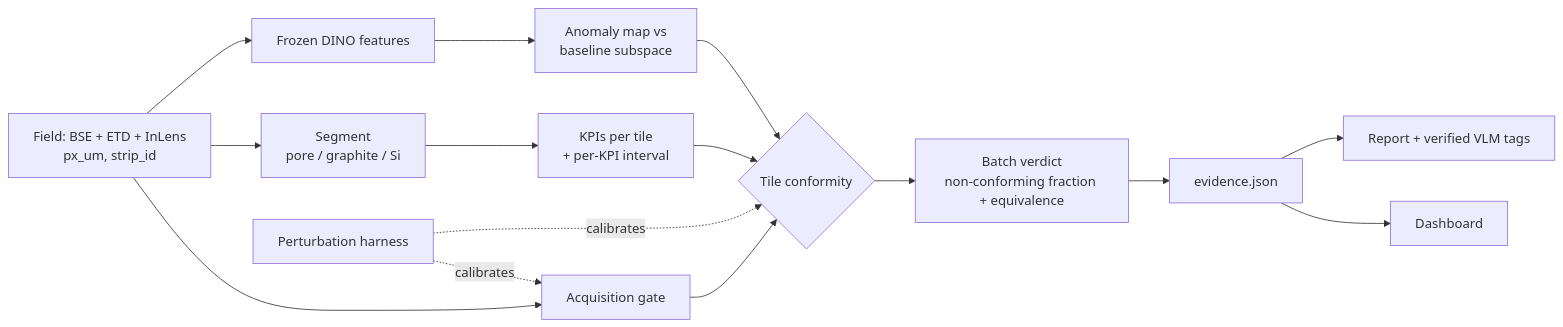
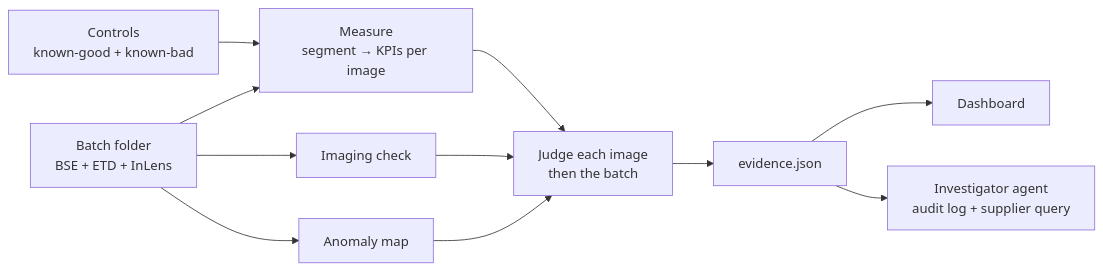
Before and after one commit to batch-size-2/catalyst: the diagram in docs/PLAN_v1.md, drawn with Mermaid. The commit also changed other lines of this file, not shown here.

First line of the commit message:
Rewrite plan v1 as a standalone build plan with per-person steps.

````diff
--- a/docs/PLAN_v1.md
+++ b/docs/PLAN_v1.md
@@ -110,17 +15,13 @@
 ```mermaid
 flowchart LR
-  A["Field: BSE + ETD + InLens<br/>px_um, strip_id"] --> G["Acquisition gate"]
-  A --> S["Segment<br/>pore / graphite / Si"]
-  A --> D["Frozen DINO features"]
-  S --> K["KPIs per tile<br/>+ per-KPI interval"]
-  D --> N["Anomaly map vs<br/>baseline subspace"]
-  G --> T{"Tile conformity"}
-  K --> T
-  N --> T
-  T --> B["Batch verdict<br/>non-conforming fraction + equivalence"]
-  B --> E["evidence.json"]
+  A["Batch folder<br/>BSE + ETD + InLens"] --> M["Measure<br/>segment → KPIs per image"]
+  A --> G["Imaging check"]
+  A --> N["Anomaly map"]
+  C["Controls<br/>known-good + known-bad"] --> M
+  M --> J["Judge each image<br/>then the batch"]
+  G --> J
+  N --> J
+  J --> E["evidence.json"]
   E --> UI["Dashboard"]
-  E --> R["Report + verified VLM tags"]
-  P["Perturbation harness"] -.calibrates.-> G
-  P -.calibrates.-> T
+  E --> AG["Investigator agent<br/>audit log + supplier query"]
 ```
````
